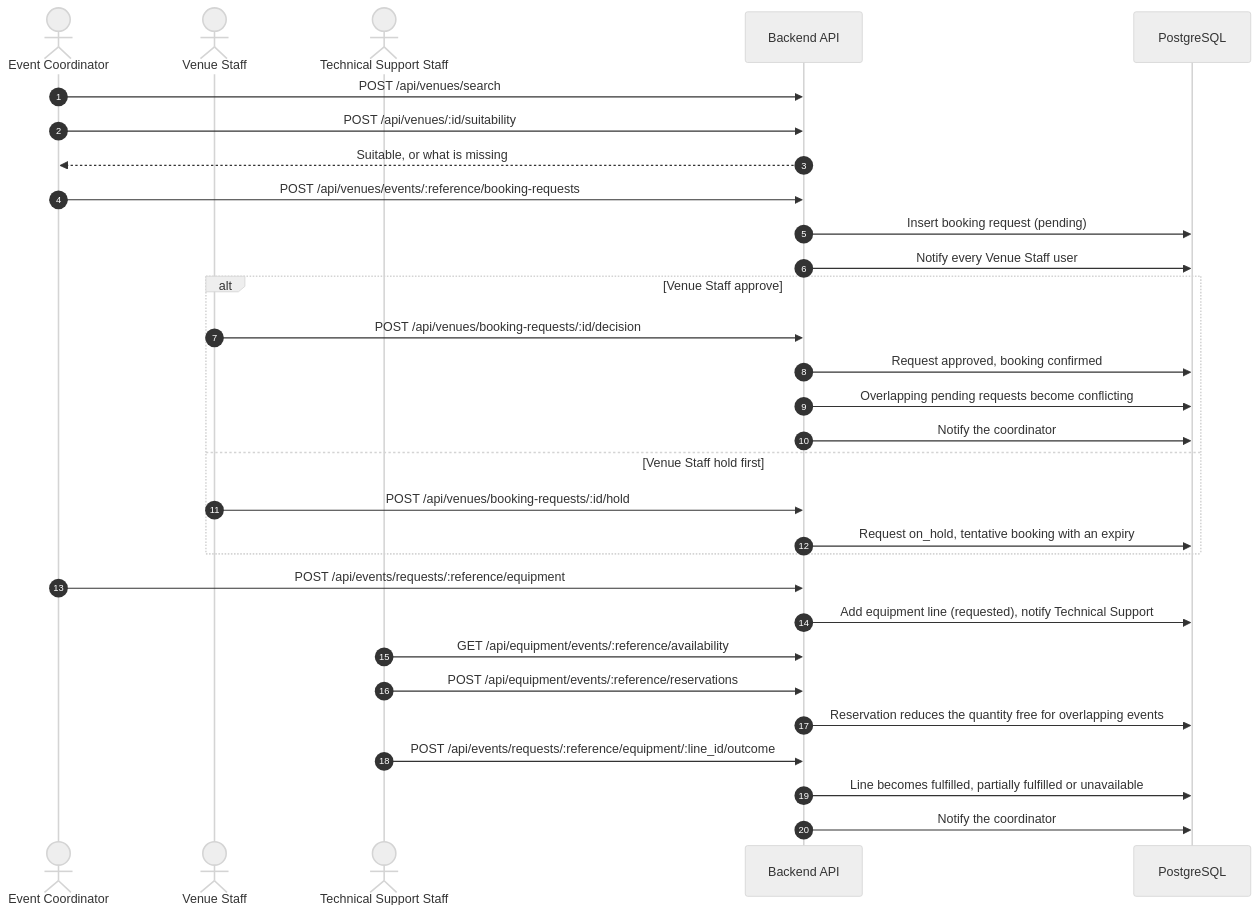
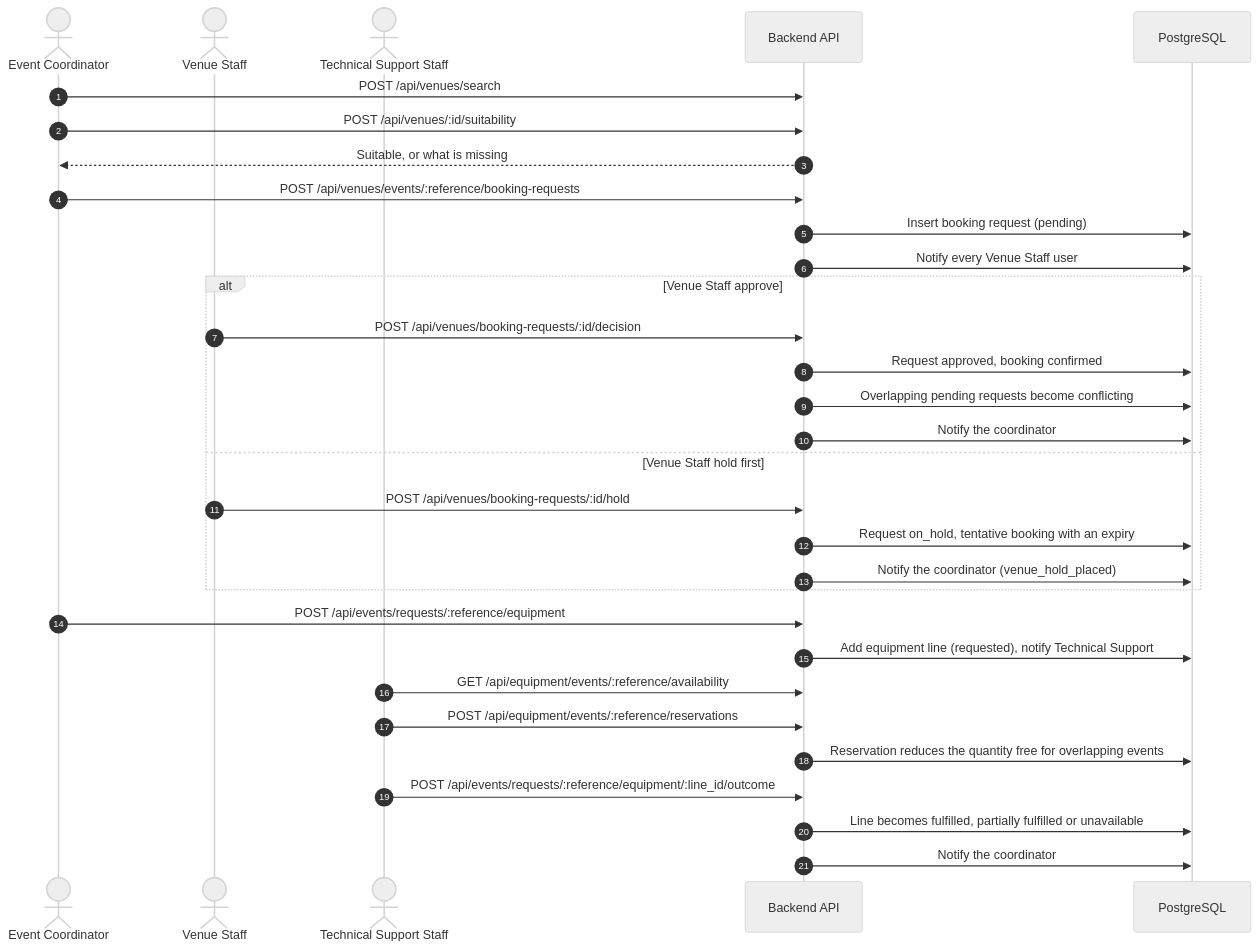
Before and after one commit to cheekfg897/SPM-Software-Project-Management-: the second of 5 diagrams in docs/architecture/07-uml-sequence-diagrams.md, drawn with Mermaid (neutral theme). The commit also changed other lines of this file and 2 other files, not shown here.

First line of the commit message:
docs(SCRUM-78): match two sequence diagram steps to what the services save

````diff
--- a/docs/architecture/07-uml-sequence-diagrams.md
+++ b/docs/architecture/07-uml-sequence-diagrams.md
@@ -50,35 +50,36 @@
 ```mermaid
 sequenceDiagram
   autonumber
   actor Coord as Event Coordinator
   actor VS as Venue Staff
   actor Tech as Technical Support Staff
   participant API as Backend API
   participant DB as PostgreSQL
 
   Coord->>API: POST /api/venues/search
   Coord->>API: POST /api/venues/:id/suitability
   API-->>Coord: Suitable, or what is missing
   Coord->>API: POST /api/venues/events/:reference/booking-requests
   API->>DB: Insert booking request (pending)
   API->>DB: Notify every Venue Staff user
 
   alt Venue Staff approve
     VS->>API: POST /api/venues/booking-requests/:id/decision
     API->>DB: Request approved, booking confirmed
     API->>DB: Overlapping pending requests become conflicting
     API->>DB: Notify the coordinator
   else Venue Staff hold first
     VS->>API: POST /api/venues/booking-requests/:id/hold
     API->>DB: Request on_hold, tentative booking with an expiry
+    API->>DB: Notify the coordinator (venue_hold_placed)
   end
 
   Coord->>API: POST /api/events/requests/:reference/equipment
   API->>DB: Add equipment line (requested), notify Technical Support
   Tech->>API: GET /api/equipment/events/:reference/availability
   Tech->>API: POST /api/equipment/events/:reference/reservations
   API->>DB: Reservation reduces the quantity free for overlapping events
   Tech->>API: POST /api/events/requests/:reference/equipment/:line_id/outcome
   API->>DB: Line becomes fulfilled, partially fulfilled or unavailable
   API->>DB: Notify the coordinator
 ```
````
